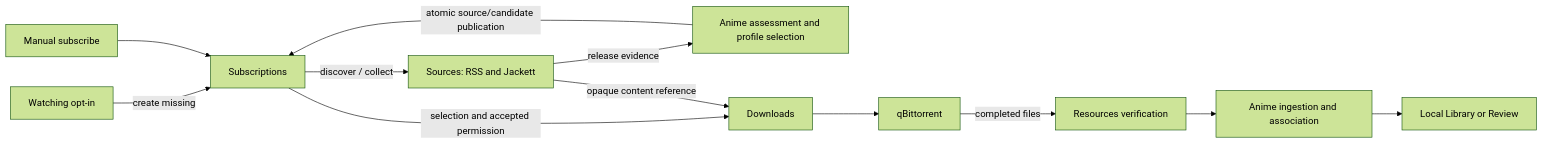
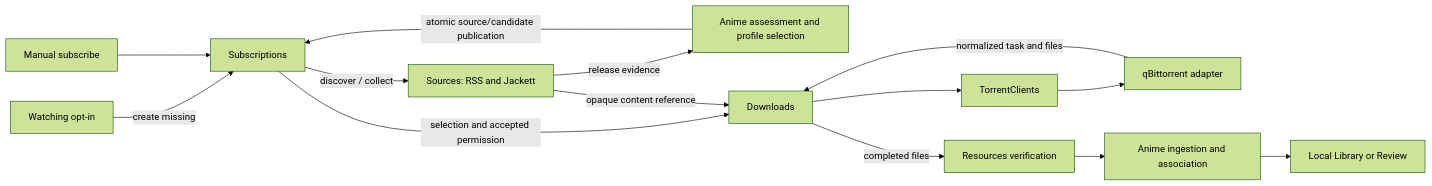
One commit to qw0er/Anishelf changed the fifth of 5 diagrams in docs/development/architecture.md. Above: the diagram before and after it, drawn with Mermaid (forest theme). The commit also changed other lines of this file and 36 other files, not shown here.

Commit message:
refactor(acquisition): extract TorrentClients submodule

````diff
--- a/docs/development/architecture.md
+++ b/docs/development/architecture.md
@@ -315,14 +316,16 @@
 ```mermaid
 flowchart LR
     Watching[Watching opt-in] -->|create missing| Sub[Subscriptions]
     Manual[Manual subscribe] --> Sub
     Sub -->|discover / collect| Sources[Sources: RSS and Jackett]
     Sources -->|release evidence| Select[Anime assessment and profile selection]
     Select -->|atomic source/candidate publication| Sub
     Sub -->|selection and accepted permission| Downloads[Downloads]
     Sources -->|opaque content reference| Downloads
-    Downloads --> QB[qBittorrent]
-    QB -->|completed files| Verify[Resources verification]
+    Downloads --> Clients[TorrentClients]
+    Clients --> QB[qBittorrent adapter]
+    QB -->|normalized task and files| Downloads
+    Downloads -->|completed files| Verify[Resources verification]
     Verify --> Ingest[Anime ingestion and association]
     Ingest --> Library[Local Library or Review]
 ```
````
